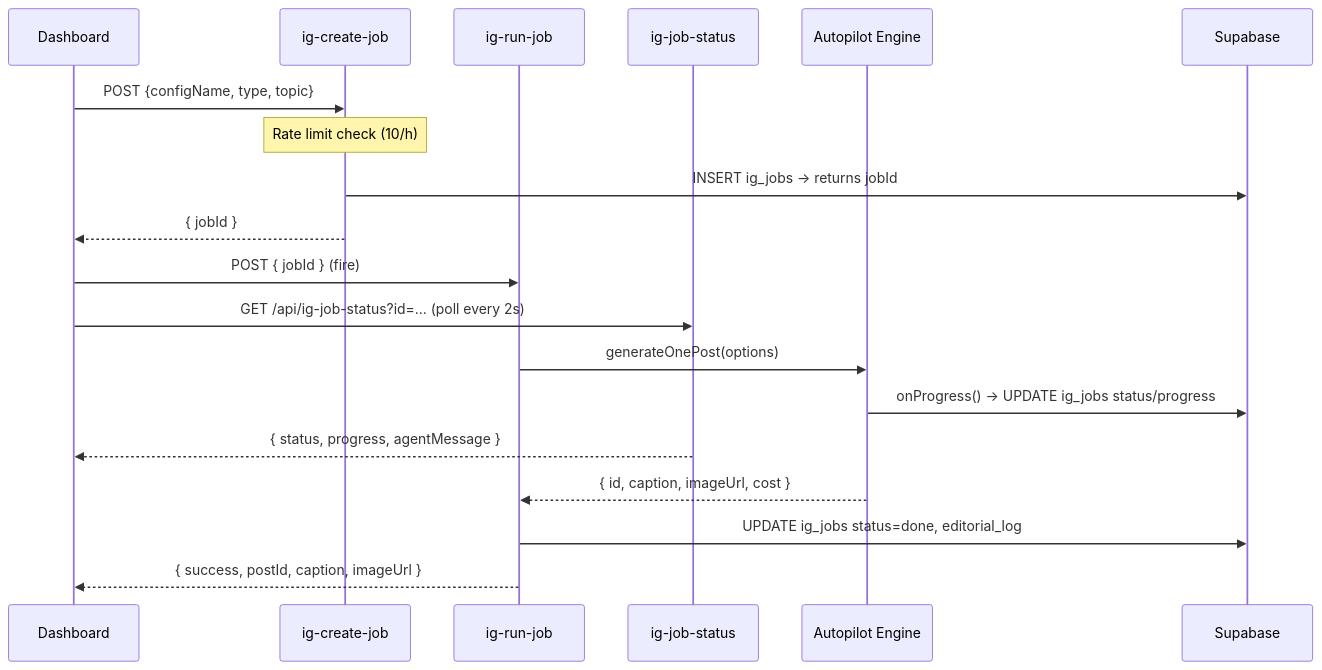
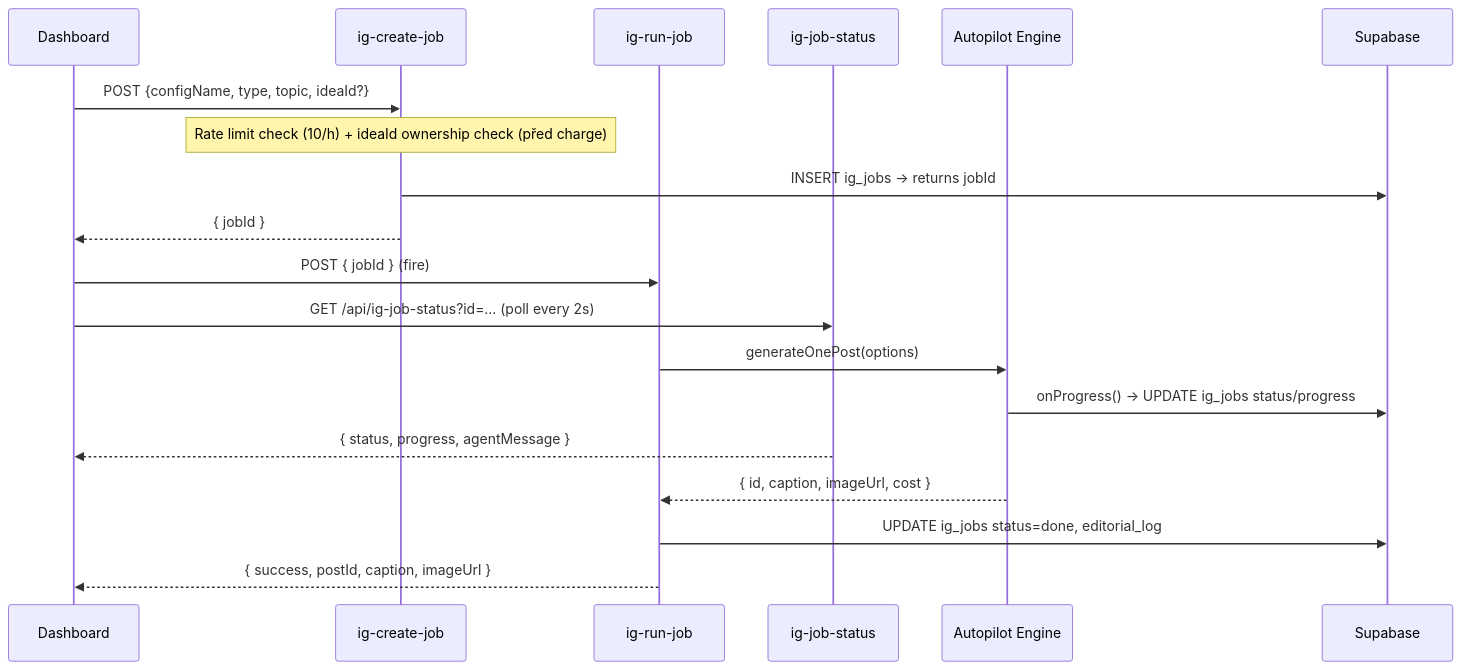
Before and after one commit to pocivnoci/prodamevas: the second of 2 diagrams in docs/SYSTEM_KNOWLEDGE_BASE.md, drawn with Mermaid. The commit also changed other lines of this file and 16 other files, not shown here.

````diff
--- a/docs/SYSTEM_KNOWLEDGE_BASE.md
+++ b/docs/SYSTEM_KNOWLEDGE_BASE.md
@@ -100,22 +100,22 @@
 ```mermaid
 sequenceDiagram
     participant UI as Dashboard
     participant CJ as ig-create-job
     participant RJ as ig-run-job
     participant JS as ig-job-status
     participant AP as Autopilot Engine
     participant DB as Supabase
 
-    UI->>CJ: POST {configName, type, topic}
-    Note over CJ: Rate limit check (10/h)
+    UI->>CJ: POST {configName, type, topic, ideaId?}
+    Note over CJ: Rate limit check (10/h) + ideaId ownership check (před charge)
     CJ->>DB: INSERT ig_jobs → returns jobId
     CJ-->>UI: { jobId }
     UI->>RJ: POST { jobId } (fire)
     UI->>JS: GET /api/ig-job-status?id=... (poll every 2s)
     RJ->>AP: generateOnePost(options)
     AP->>DB: onProgress() → UPDATE ig_jobs status/progress
     JS-->>UI: { status, progress, agentMessage }
     AP-->>RJ: { id, caption, imageUrl, cost }
     RJ->>DB: UPDATE ig_jobs status=done, editorial_log
     RJ-->>UI: { success, postId, caption, imageUrl }
 ```
````
